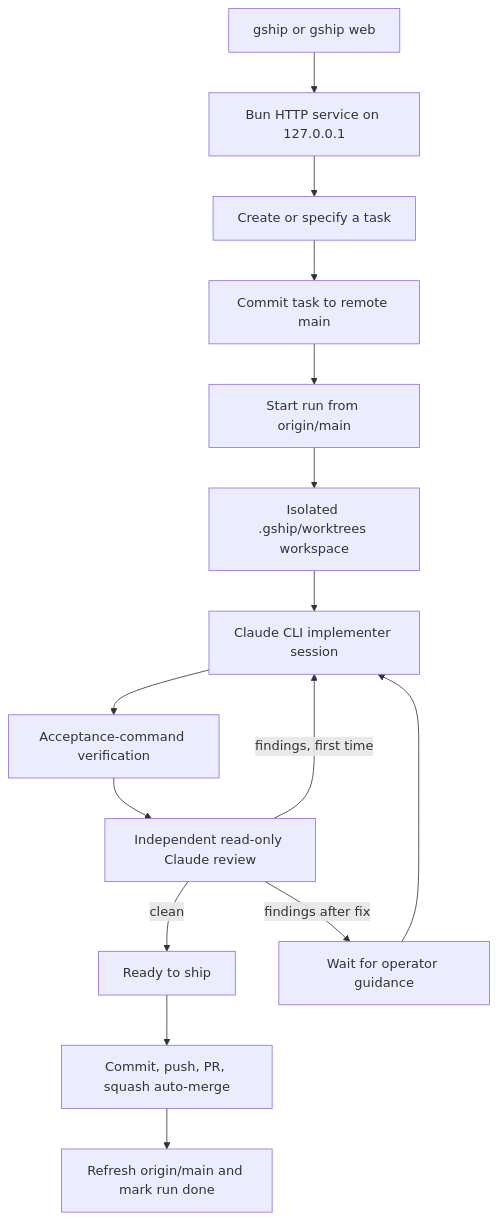
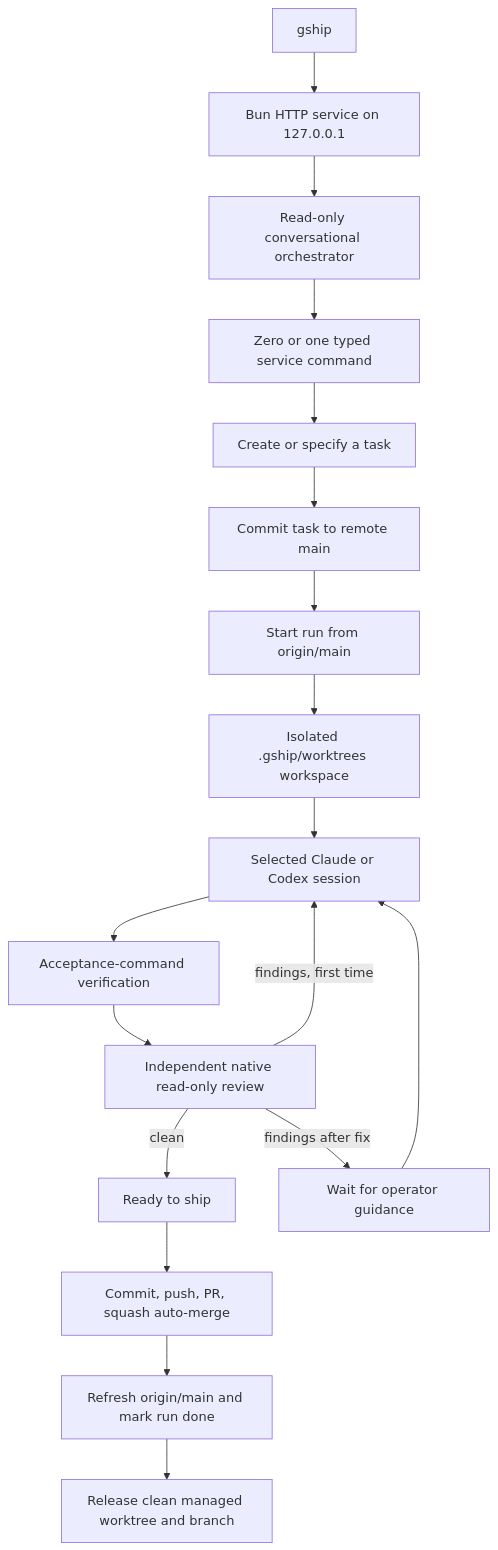
The diagram in FLOW.md (eduardocaminha/cam-cli), drawn with Mermaid before and after one commit. The commit also changed other lines of this file and 209 other files, not shown here.

````diff
--- a/FLOW.md
+++ b/FLOW.md
@@ -7,17 +6,20 @@
 ```mermaid
 flowchart TD
-    START["gship or gship web"] --> WEB["Bun HTTP service on 127.0.0.1"]
-    WEB --> INTAKE["Create or specify a task"]
+    START["gship"] --> WEB["Bun HTTP service on 127.0.0.1"]
+    WEB --> CHAT["Read-only conversational orchestrator"]
+    CHAT --> COMMAND["Zero or one typed service command"]
+    COMMAND --> INTAKE["Create or specify a task"]
     INTAKE --> SOURCE["Commit task to remote main"]
     SOURCE --> RUN["Start run from origin/main"]
     RUN --> WORKTREE["Isolated .gship/worktrees workspace"]
-    WORKTREE --> IMPLEMENT["Claude CLI implementer session"]
+    WORKTREE --> IMPLEMENT["Selected Claude or Codex session"]
     IMPLEMENT --> VERIFY["Acceptance-command verification"]
-    VERIFY --> REVIEW["Independent read-only Claude review"]
+    VERIFY --> REVIEW["Independent native read-only review"]
     REVIEW -->|clean| READY["Ready to ship"]
     REVIEW -->|findings, first time| IMPLEMENT
     REVIEW -->|findings after fix| WAIT["Wait for operator guidance"]
     WAIT --> IMPLEMENT
     READY --> SHIP["Commit, push, PR, squash auto-merge"]
     SHIP --> DONE["Refresh origin/main and mark run done"]
+    DONE --> RELEASE["Release clean managed worktree and branch"]
 ```
````
